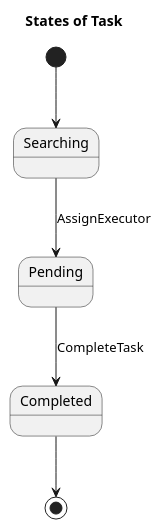
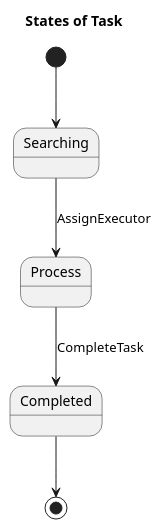
The diagram in Doc/puml.src/TaskState.puml (Plasmat1x/PaulBot), drawn with PlantUML before and after one commit. The commit also changed 6 other files, not shown here.

Commit message:
Update work.md, add scenario.md add diagramms

```diff
--- a/Doc/puml.src/TaskState.puml
+++ b/Doc/puml.src/TaskState.puml
@@ -1,14 +1,10 @@
-@startuml
+@startuml TaskState
 
 Title States of Task
 
-state Searching
-state Pending
-state Completed
-
 [*] --> Searching
-Searching --> Pending: AssignExecutor
-Pending --> Completed: CompleteTask
+Searching --> Process: AssignExecutor
+Process --> Completed: CompleteTask
 Completed --> [*]
 
 @enduml
```
